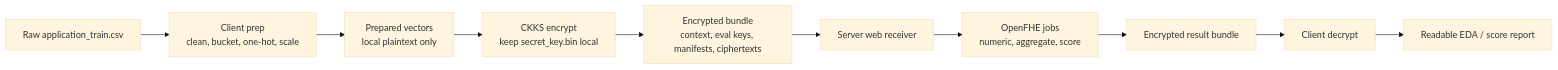
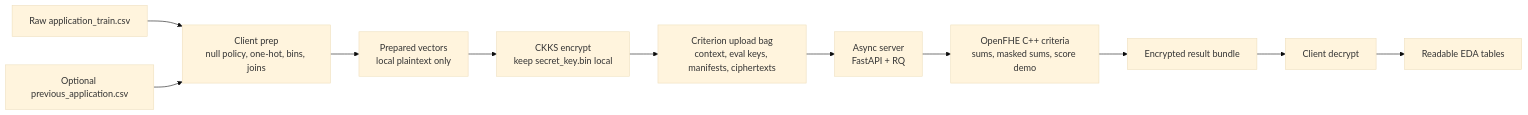
Before and after one commit to Nhatcao1/he_uc_lending: the diagram in docs/diagrams/01_overall_home_credit_he_flow.md, drawn with Mermaid (base theme). The commit also changed other lines of this file and 27 other files, not shown here.

Commit message:
Update diagrams for Home Credit EDA criteria

````diff
--- a/docs/diagrams/01_overall_home_credit_he_flow.md
+++ b/docs/diagrams/01_overall_home_credit_he_flow.md
@@ -5,15 +5,18 @@
 ```mermaid
 flowchart LR
   raw["Raw application_train.csv"]
-  prep["Client prep\nclean, bucket, one-hot, scale"]
+  prev["Optional previous_application.csv"]
+  prep["Client prep\nnull policy, one-hot, bins, joins"]
   plain["Prepared vectors\nlocal plaintext only"]
   enc["CKKS encrypt\nkeep secret_key.bin local"]
-  upload["Encrypted bundle\ncontext, eval keys, manifests, ciphertexts"]
-  web["Server web receiver"]
-  jobs["OpenFHE jobs\nnumeric, aggregate, score"]
+  upload["Criterion upload bag\ncontext, eval keys, manifests, ciphertexts"]
+  web["Async server\nFastAPI + RQ"]
+  jobs["OpenFHE C++ criteria\nsums, masked sums, score demo"]
   returns["Encrypted result bundle"]
   dec["Client decrypt"]
-  report["Readable EDA / score report"]
+  report["Readable EDA tables"]
 
-  raw --> prep --> plain --> enc --> upload --> web --> jobs --> returns --> dec --> report
+  raw --> prep
+  prev --> prep
+  prep --> plain --> enc --> upload --> web --> jobs --> returns --> dec --> report
 ```
````
